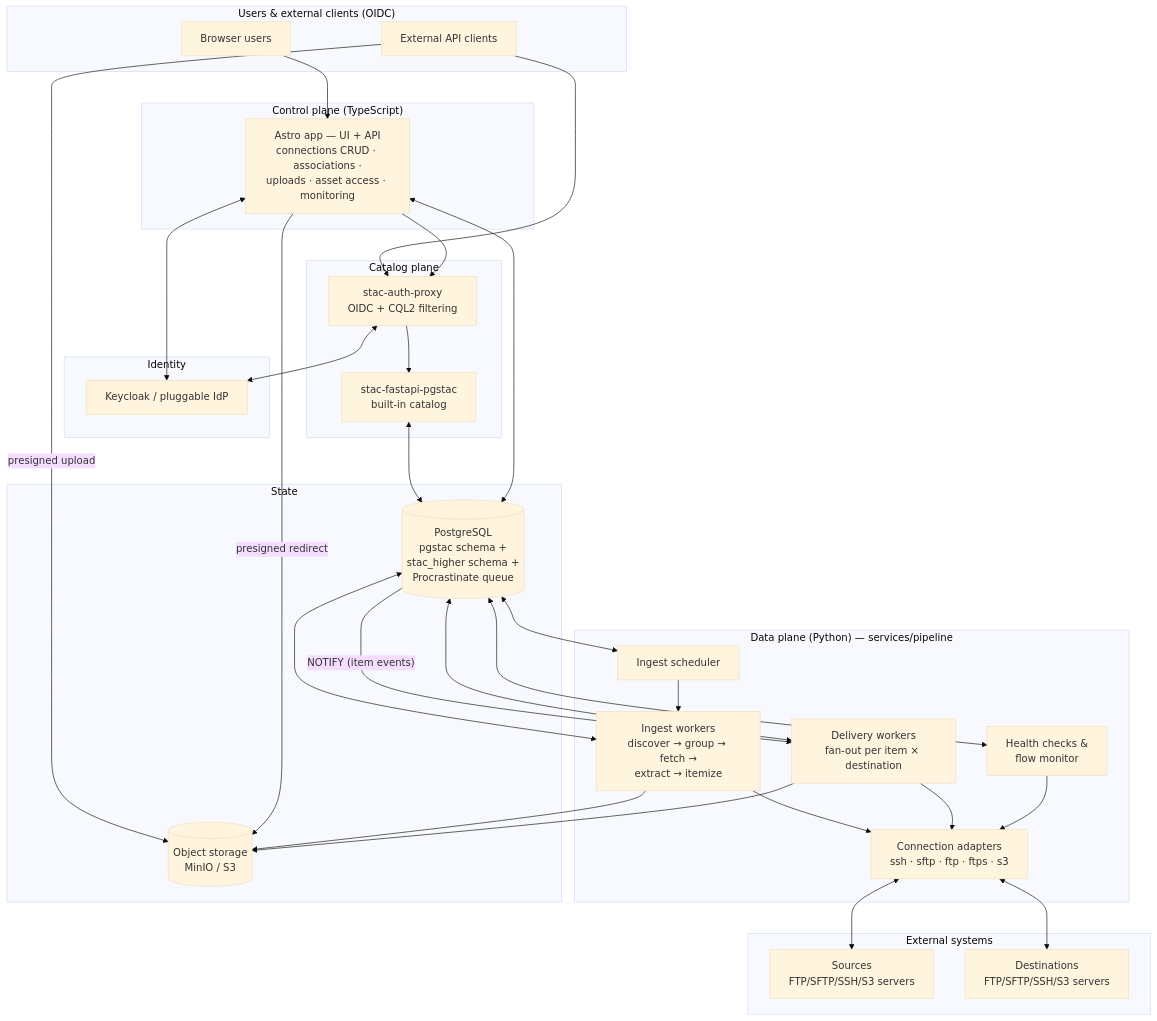
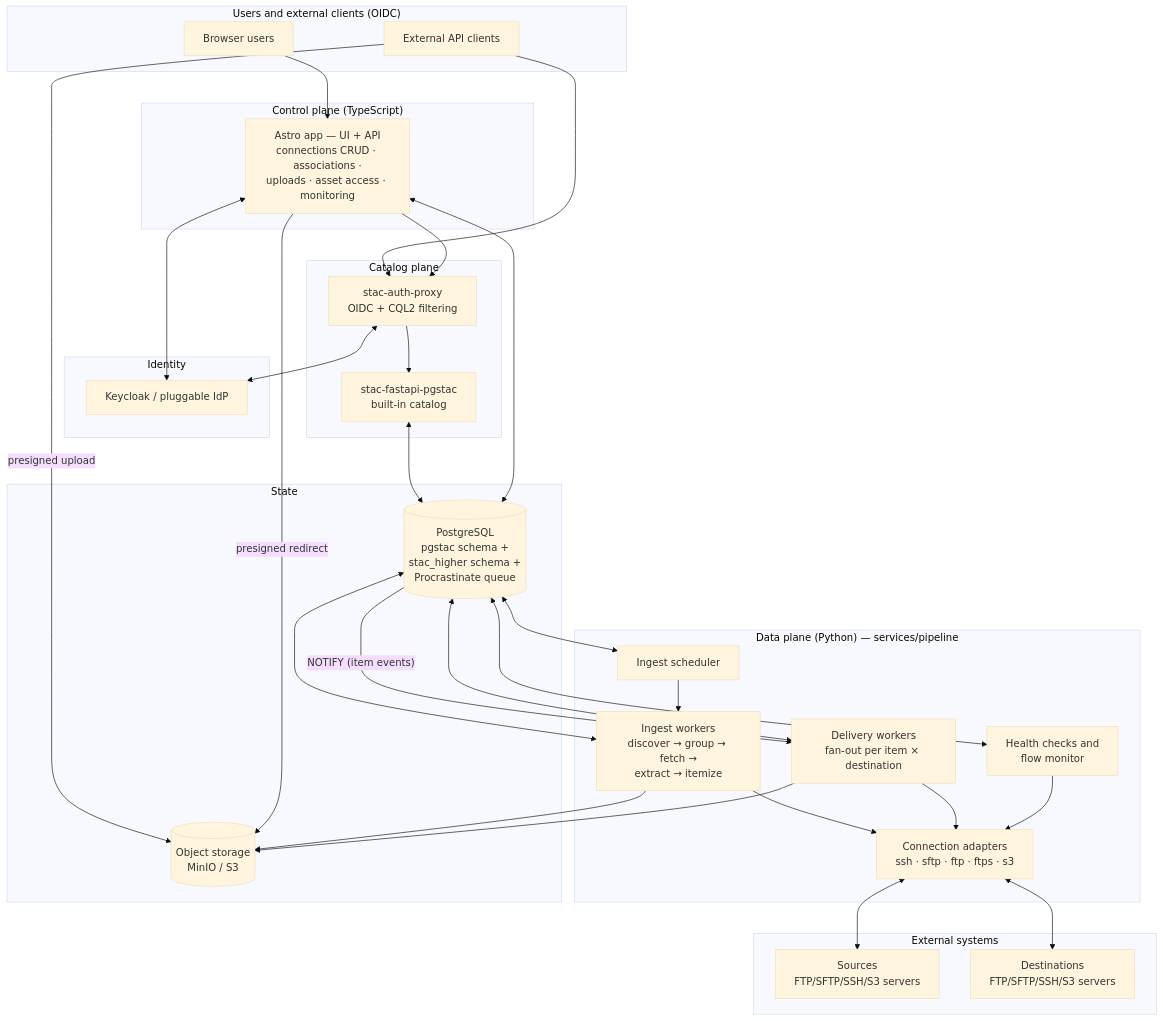
The first of 5 diagrams in ROADMAP.md (TechTraverse/stac-higher), drawn with Mermaid (base theme) before and after one commit. The commit also changed other lines of this file, not shown here.

Commit message:
docs: make ROADMAP mermaid diagrams portable across renderers
Quote all flowchart labels, replace \n with <br/>, drop unquoted &
tokens and &-chained bidirectional edges — constructs stricter mermaid
builds reject. All five diagrams verified with mermaid-cli 11.16.

````diff
--- a/ROADMAP.md
+++ b/ROADMAP.md
@@ -33,60 +33,63 @@
 ```mermaid
 flowchart TB
-    subgraph clients["Users & external clients (OIDC)"]
-        UI_USER[Browser users]
-        EXT[External API clients]
+    subgraph clients["Users and external clients (OIDC)"]
+        UI_USER["Browser users"]
+        EXT["External API clients"]
     end
 
     subgraph idp["Identity"]
-        KC[Keycloak / pluggable IdP]
+        KC["Keycloak / pluggable IdP"]
     end
 
     subgraph control["Control plane (TypeScript)"]
-        APP["Astro app — UI + API\nconnections CRUD · associations ·\nuploads · asset access · monitoring"]
+        APP["Astro app — UI + API<br/>connections CRUD · associations ·<br/>uploads · asset access · monitoring"]
     end
 
     subgraph catalog["Catalog plane"]
-        SAP[stac-auth-proxy\nOIDC + CQL2 filtering]
-        SF[stac-fastapi-pgstac\nbuilt-in catalog]
+        SAP["stac-auth-proxy<br/>OIDC + CQL2 filtering"]
+        SF["stac-fastapi-pgstac<br/>built-in catalog"]
     end
 
     subgraph data["Data plane (Python) — services/pipeline"]
-        SCHED[Ingest scheduler]
-        IW[Ingest workers\ndiscover → group → fetch →\nextract → itemize]
-        DW[Delivery workers\nfan-out per item × destination]
-        HC[Health checks &\nflow monitor]
-        ADP["Connection adapters\nssh · sftp · ftp · ftps · s3"]
+        SCHED["Ingest scheduler"]
+        IW["Ingest workers<br/>discover → group → fetch →<br/>extract → itemize"]
+        DW["Delivery workers<br/>fan-out per item × destination"]
+        HC["Health checks and<br/>flow monitor"]
+        ADP["Connection adapters<br/>ssh · sftp · ftp · ftps · s3"]
     end
 
     subgraph store["State"]
-        PG[("PostgreSQL\npgstac schema +\nstac_higher schema +\nProcrastinate queue")]
-        OS[("Object storage\nMinIO / S3")]
+        PG[("PostgreSQL<br/>pgstac schema +<br/>stac_higher schema +<br/>Procrastinate queue")]
+        OS[("Object storage<br/>MinIO / S3")]
     end
 
     subgraph external["External systems"]
-        SRC[Sources\nFTP/SFTP/SSH/S3 servers]
-        DST[Destinations\nFTP/SFTP/SSH/S3 servers]
+        SRC["Sources<br/>FTP/SFTP/SSH/S3 servers"]
+        DST["Destinations<br/>FTP/SFTP/SSH/S3 servers"]
     end
 
     UI_USER --> APP
     EXT --> SAP
-    EXT -- presigned upload --> OS
+    EXT -- "presigned upload" --> OS
     APP <--> KC
     SAP <--> KC
     APP --> SAP
     SAP --> SF
     SF <--> PG
     APP <--> PG
-    APP -- presigned redirect --> OS
+    APP -- "presigned redirect" --> OS
 
     PG -- "NOTIFY (item events)" --> DW
-    PG <--> SCHED & IW & DW & HC
+    PG <--> SCHED
+    PG <--> IW
+    PG <--> DW
+    PG <--> HC
     SCHED --> IW
     IW --> ADP
     DW --> ADP
     HC --> ADP
     ADP <--> SRC
     ADP <--> DST
     IW --> OS
     DW --> OS
 ```
````
